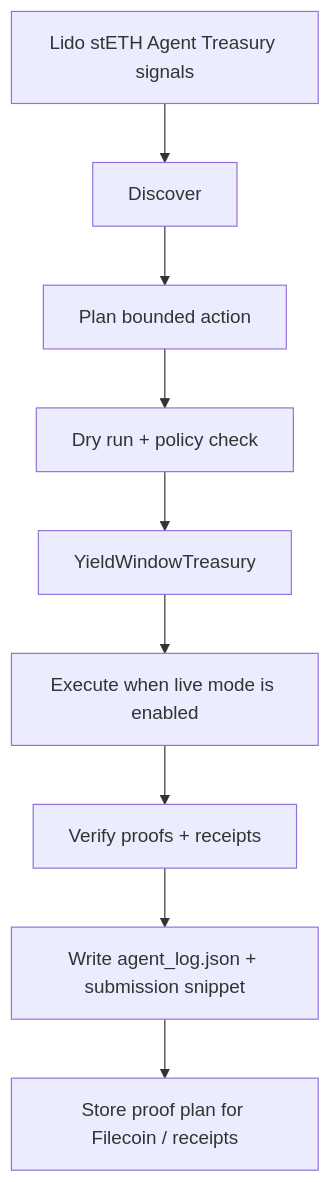
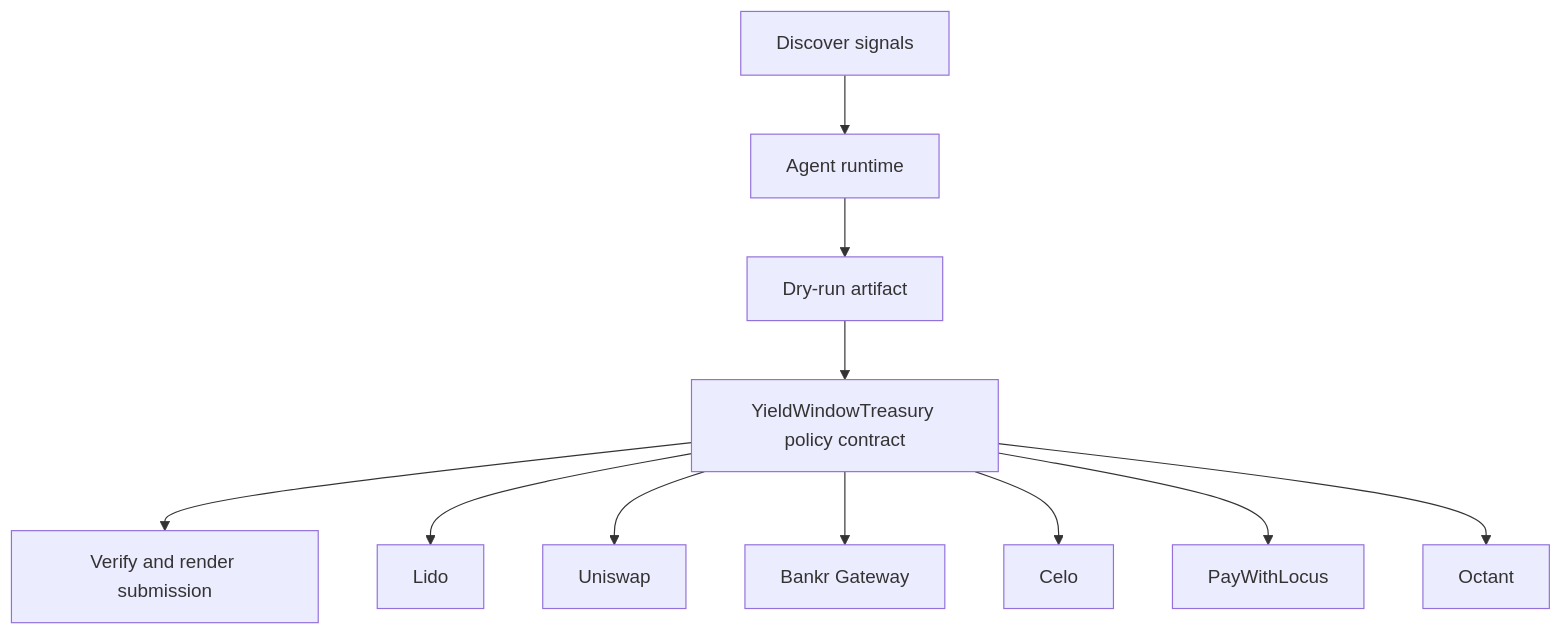
The diagram in README.md (CrystallineButterfly/Synthesis-Lido-stETHTreasury), drawn with Mermaid before and after one commit. The commit also changed other lines of this file and 998 other files, not shown here.

Commit message:
Implement bounded agent runtime

````diff
--- a/README.md
+++ b/README.md
@@ -30,11 +26,15 @@
-        ```mermaid
-        flowchart TD
-    Signals[Lido stETH Agent Treasury signals] --> Discover[Discover]
-    Discover --> Plan[Plan bounded action]
-    Plan --> DryRun[Dry run + policy check]
-    DryRun --> Guard[YieldWindowTreasury]
-    Guard --> Execute[Execute when live mode is enabled]
-    Execute --> Verify[Verify proofs + receipts]
-    Verify --> Persist[Write agent_log.json + submission snippet]
-    Persist --> Storage[Store proof plan for Filecoin / receipts]
-        ```
+```mermaid
+flowchart TD
+    Signals[Discover signals]
+    Planner[Agent runtime]
+    DryRun[Dry-run artifact]
+    Contract[YieldWindowTreasury policy contract]
+    Verify[Verify and render submission]
+    Signals --> Planner --> DryRun --> Contract --> Verify
+    Contract --> lido[Lido]
+    Contract --> uniswap[Uniswap]
+    Contract --> bankr_gateway[Bankr Gateway]
+    Contract --> celo[Celo]
+    Contract --> paywithlocus[PayWithLocus]
+    Contract --> octant[Octant]
+```
````
